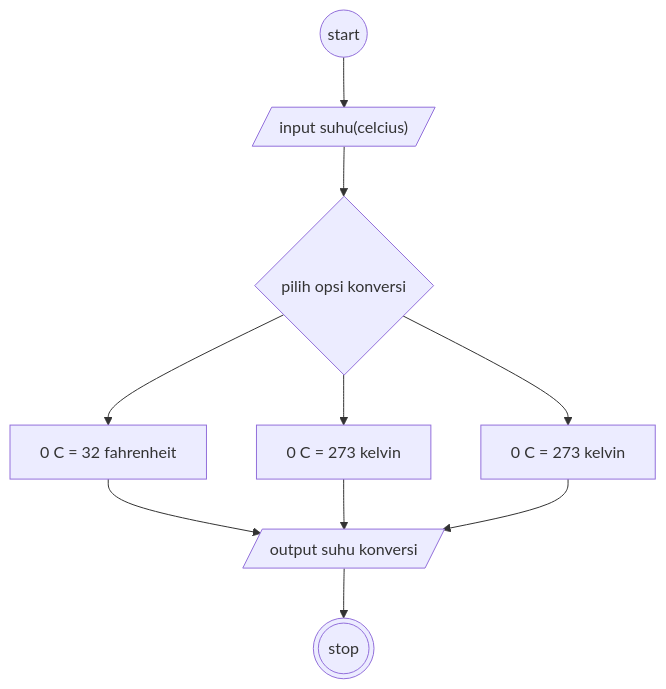
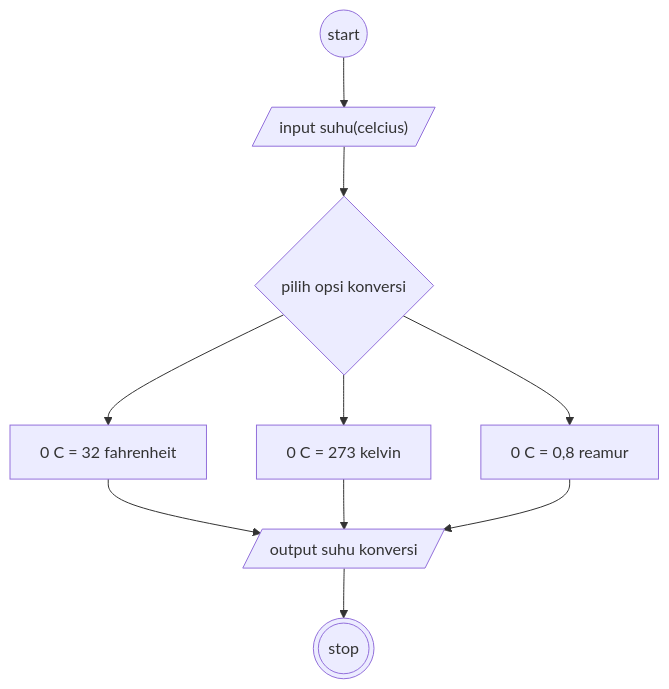
One commit to VsalCode/fgo24-Algoritma changed the diagram in minitask4.md. Above: the diagram before and after it, drawn with Mermaid.

````diff
--- a/minitask4.md
+++ b/minitask4.md
@@ -14,22 +14,22 @@
 ```mermaid
 flowchart TD
     A@{shape: circle, label: "start"}
     B@{shape: lean-r, label: "input suhu(celcius)"}
     C@{ shape: diamond, label: "pilih opsi konversi" }
     D@{ shape: rect, label: "0 C = 32 fahrenheit" }
     E@{ shape: rect, label: "0 C = 273 kelvin" }
-    F@{ shape: rect, label: "0 C = 273 kelvin" }
+    F@{ shape: rect, label: "0 C = 0,8 reamur" }
     G@{ shape: lean-r, label: "output suhu konversi" }
     X@{shape: dbl-circ, label: "stop"}
 
     A --> B
     B --> C
     C --> D
     C --> E
     C --> F
     D --> G
     E --> G
     F --> G
     G --> X
 
 ```
````
